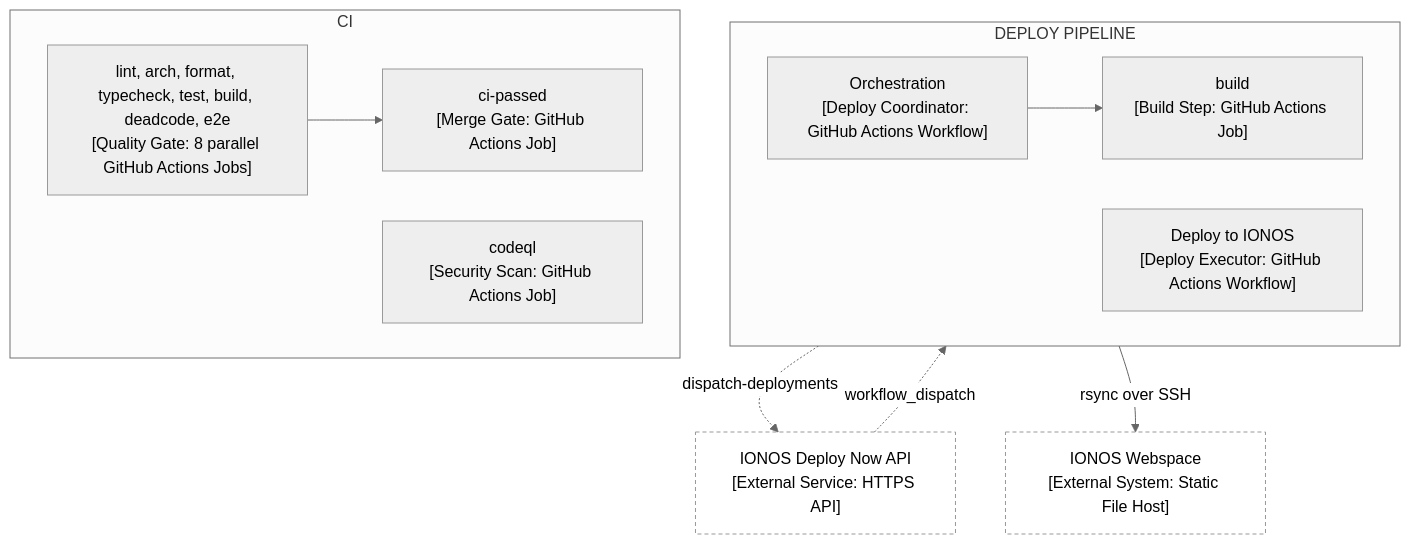
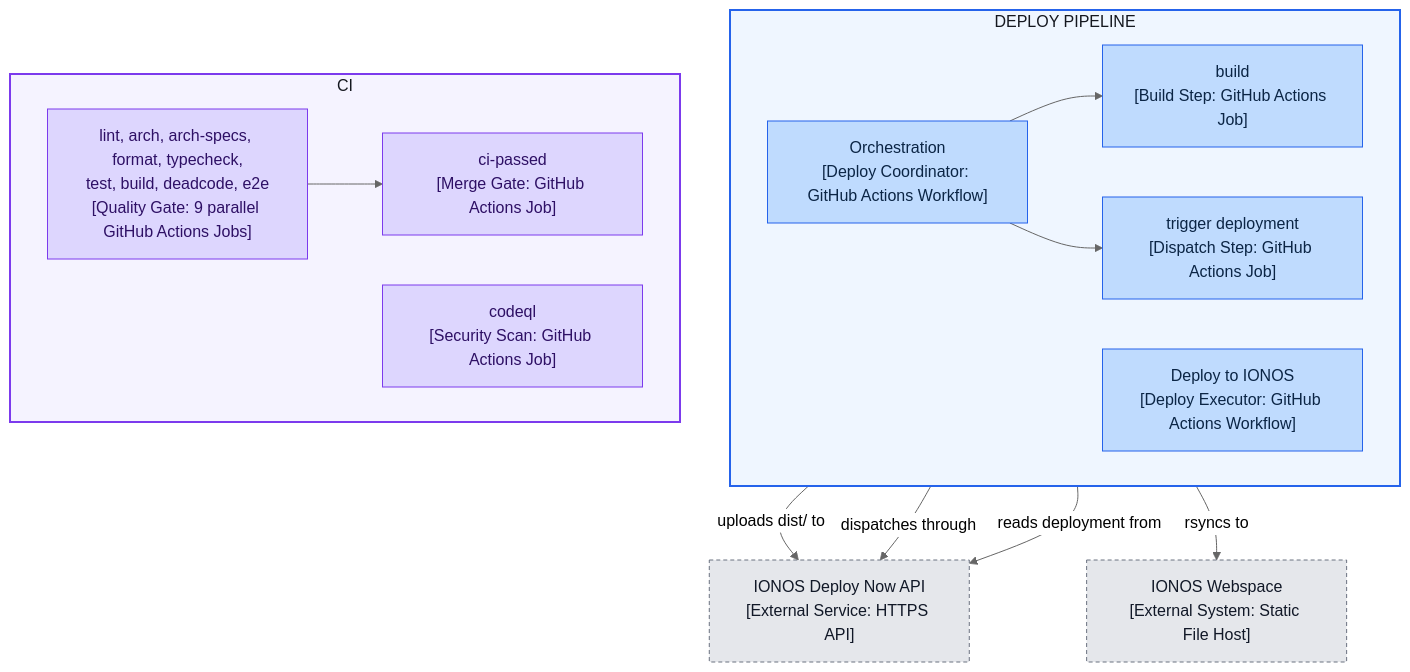
Before and after one commit to cfisch3r/estimate: the first of 3 diagrams in docs/technical/runbook.md, drawn with Mermaid (neutral theme). The commit also changed other lines of this file and 1 other file, not shown here.

````diff
--- a/docs/technical/runbook.md
+++ b/docs/technical/runbook.md
@@ -13,27 +19,36 @@
 ```mermaid
 flowchart TB
   subgraph DEPLOY["DEPLOY PIPELINE"]
     direction LR
     Orch["Orchestration<br/>[Deploy Coordinator: GitHub Actions Workflow]"]
     BuildJob["build<br/>[Build Step: GitHub Actions Job]"]
+    TriggerJob["trigger deployment<br/>[Dispatch Step: GitHub Actions Job]"]
     DeployWf["Deploy to IONOS<br/>[Deploy Executor: GitHub Actions Workflow]"]
     Orch --> BuildJob
+    Orch --> TriggerJob
   end
 
   subgraph CIL["CI"]
     direction LR
-    Gates["lint, arch, format, typecheck, test, build, deadcode, e2e<br/>[Quality Gate: 8 parallel GitHub Actions Jobs]"]
+    Gates["lint, arch, arch-specs, format, typecheck,<br/>test, build, deadcode, e2e<br/>[Quality Gate: 9 parallel GitHub Actions Jobs]"]
     Passed["ci-passed<br/>[Merge Gate: GitHub Actions Job]"]
     CodeQL["codeql<br/>[Security Scan: GitHub Actions Job]"]
     Gates --> Passed
   end
 
   IonosAPI["IONOS Deploy Now API<br/>[External Service: HTTPS API]"]:::external
   Webspace["IONOS Webspace<br/>[External System: Static File Host]"]:::external
 
-  BuildJob -.->|dispatch-deployments| IonosAPI
-  IonosAPI -.->|workflow_dispatch| DeployWf
-  DeployWf -->|rsync over SSH| Webspace
+  BuildJob -->|uploads dist/ to| IonosAPI
+  TriggerJob -->|dispatches through| IonosAPI
+  DeployWf -->|reads deployment from| IonosAPI
+  DeployWf -->|rsyncs to| Webspace
 
-  classDef external fill:transparent,stroke-dasharray: 4 3
+  classDef deploy fill:#BFDBFE,stroke:#2563EB,color:#0B2545
+  classDef ci fill:#DDD6FE,stroke:#7C3AED,color:#2E1065
+  classDef external fill:#E5E7EB,stroke:#6B7280,color:#111827,stroke-dasharray: 4 3
+  class Orch,BuildJob,TriggerJob,DeployWf deploy
+  class Gates,Passed,CodeQL ci
+  style DEPLOY fill:#EFF6FF,stroke:#2563EB,stroke-width:2px,color:#14171f
+  style CIL fill:#F5F3FF,stroke:#7C3AED,stroke-width:2px,color:#14171f
 ```
````
